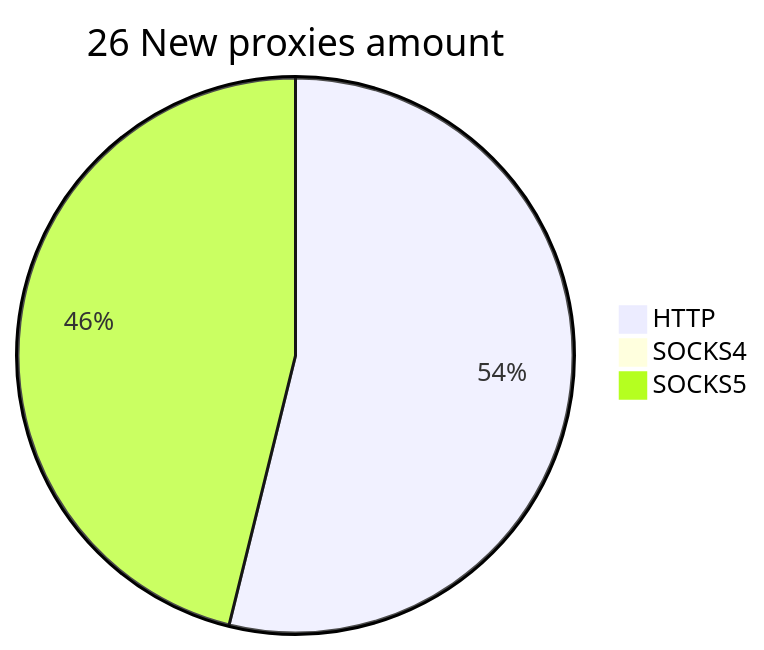
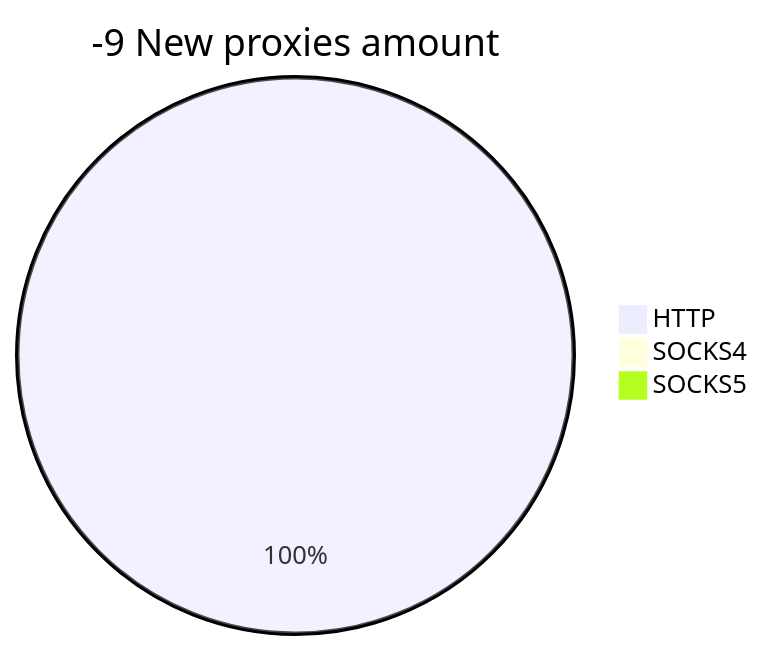
One commit to cutipu/proxylist changed the second of 2 diagrams in README.md. Above: the diagram before and after it, drawn with Mermaid. The commit also changed other lines of this file, not shown here.

````diff
--- a/README.md
+++ b/README.md
@@ -10,6 +10,6 @@
 ```mermaid
-pie title 26 New proxies amount
-    "HTTP" : 42
+pie title -9 New proxies amount
+    "HTTP" : 190
     "SOCKS4" : 0
-    "SOCKS5" : 36
+    "SOCKS5" : 0
 ```
````
